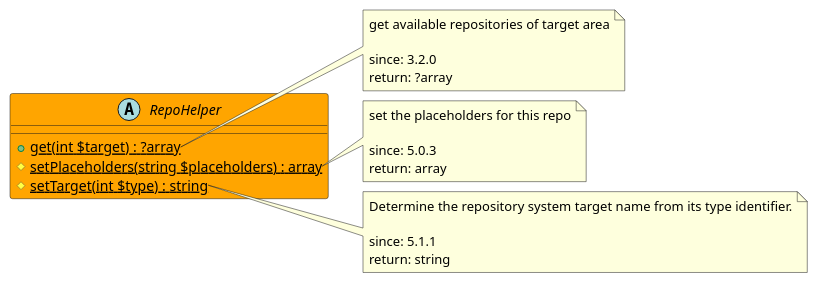
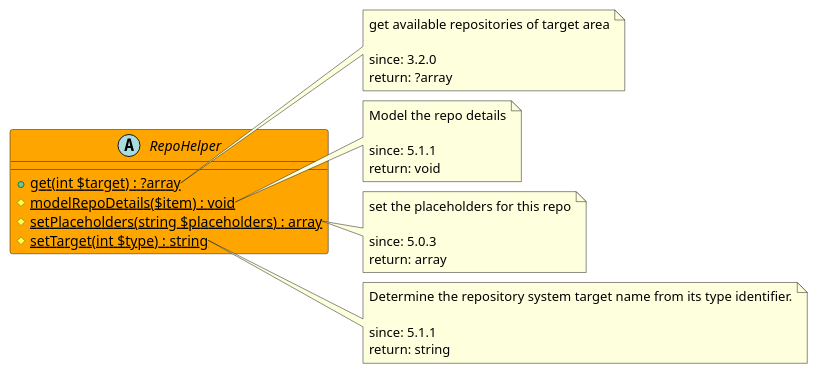
One commit to joomengine/jcb-compiler changed the diagram in src/c6619b00-261c-473b-8094-d4fe9e6bab39/README.md. Above: the diagram before and after it, drawn with PlantUML. The commit also changed 440 other files, not shown here.

````diff
--- a/src/c6619b00-261c-473b-8094-d4fe9e6bab39/README.md
+++ b/src/c6619b00-261c-473b-8094-d4fe9e6bab39/README.md
@@ -5,32 +5,40 @@
 ```uml
 @startuml
 
 abstract RepoHelper  #Orange {
   + {static} get(int $target) : ?array
+  # {static} modelRepoDetails($item) : void
   # {static} setPlaceholders(string $placeholders) : array
   # {static} setTarget(int $type) : string
 }
 
 note right of RepoHelper::get
   get available repositories of target area
 
   since: 3.2.0
   return: ?array
+end note
+
+note right of RepoHelper::modelRepoDetails
+  Model the repo details
+
+  since: 5.1.1
+  return: void
 end note
 
 note right of RepoHelper::setPlaceholders
   set the placeholders for this repo
 
   since: 5.0.3
   return: array
 end note
 
 note right of RepoHelper::setTarget
   Determine the repository system target name from its type identifier.
 
   since: 5.1.1
   return: string
 end note
 
 @enduml
 ```
````
